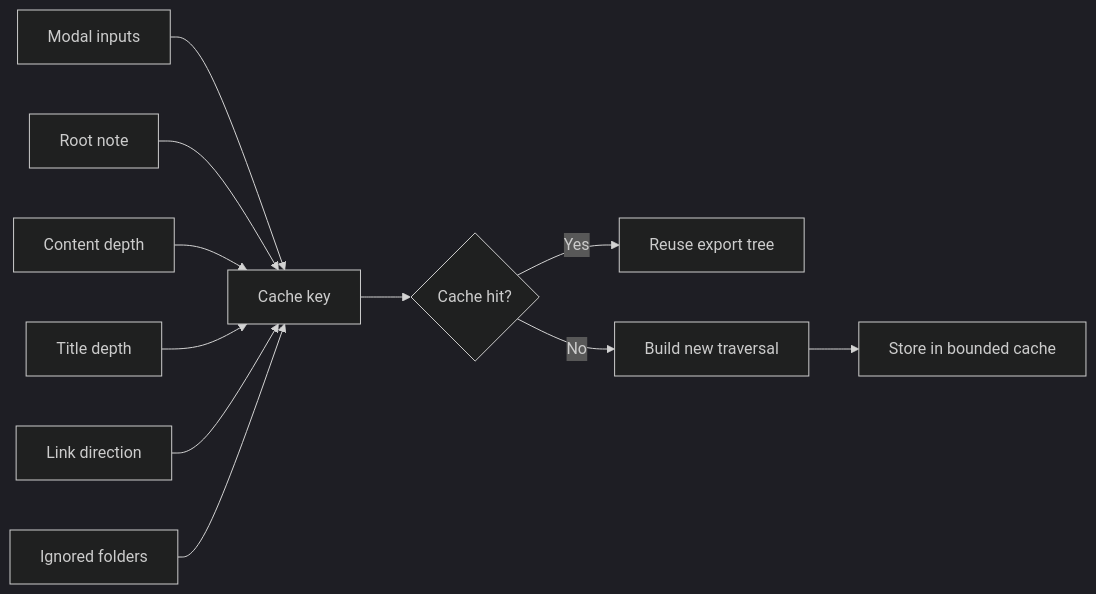
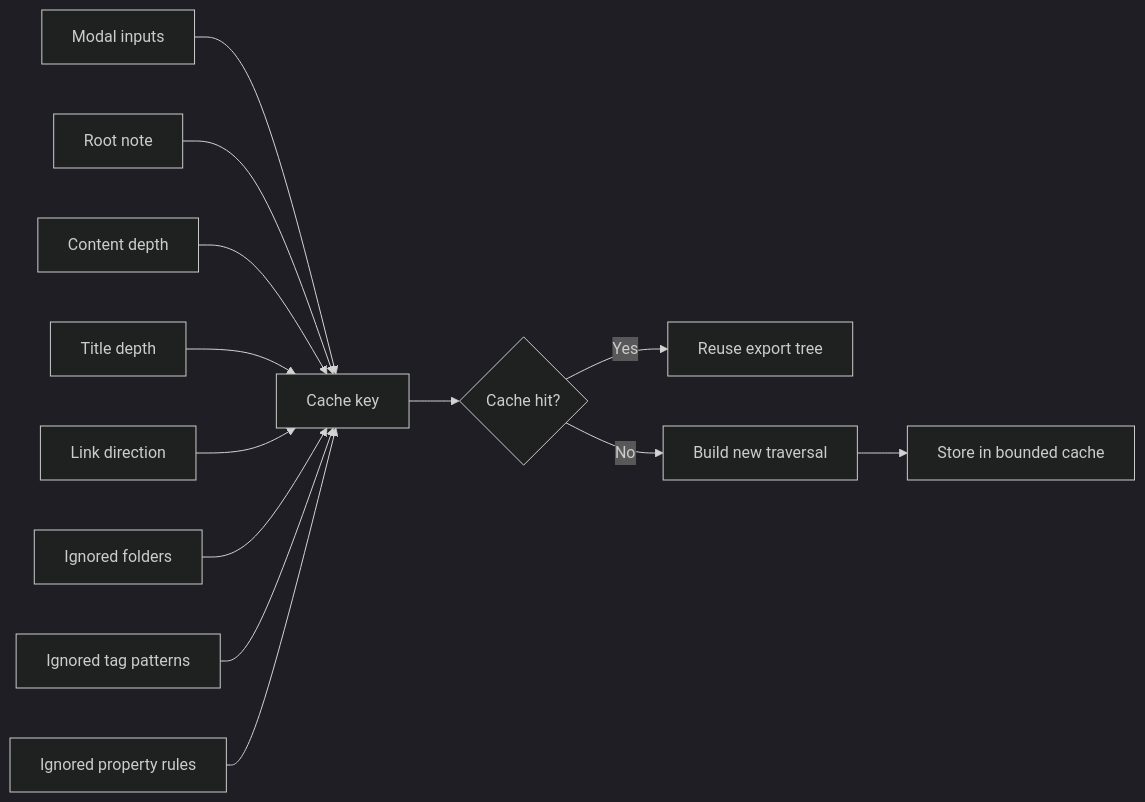
The third of 3 diagrams in docs/export-architecture.md (LittleHaku/obsidian-smart-export), drawn with Mermaid (dark theme) before and after one commit. The commit also changed other lines of this file and 16 other files, not shown here.

First line of the commit message:
feat: add tag and property traversal exclusions (#57)

````diff
--- a/docs/export-architecture.md
+++ b/docs/export-architecture.md
@@ -90,19 +91,23 @@
 ```mermaid
 flowchart LR
     A[Modal inputs] --> B[Cache key]
     B --> C{Cache hit?}
     C -- Yes --> D[Reuse export tree]
     C -- No --> E[Build new traversal]
     E --> F[Store in bounded cache]
 
     A1[Root note]
     A2[Content depth]
     A3[Title depth]
     A4[Link direction]
     A5[Ignored folders]
+    A6[Ignored tag patterns]
+    A7[Ignored property rules]
     A1 --> B
     A2 --> B
     A3 --> B
     A4 --> B
     A5 --> B
+    A6 --> B
+    A7 --> B
 ```
````
